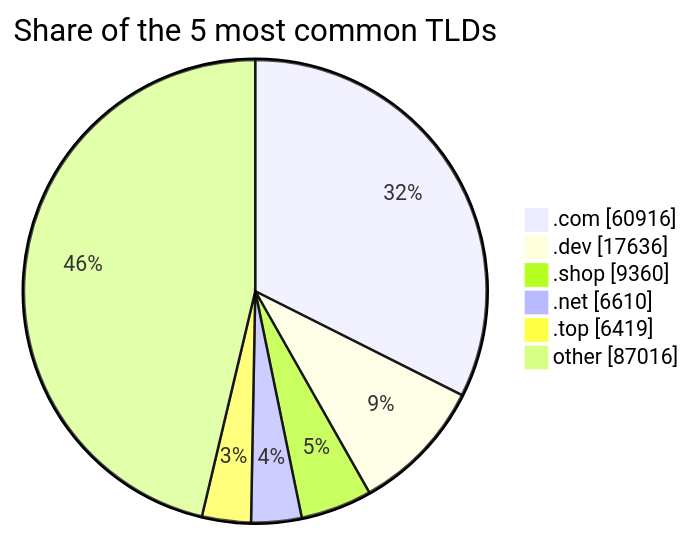
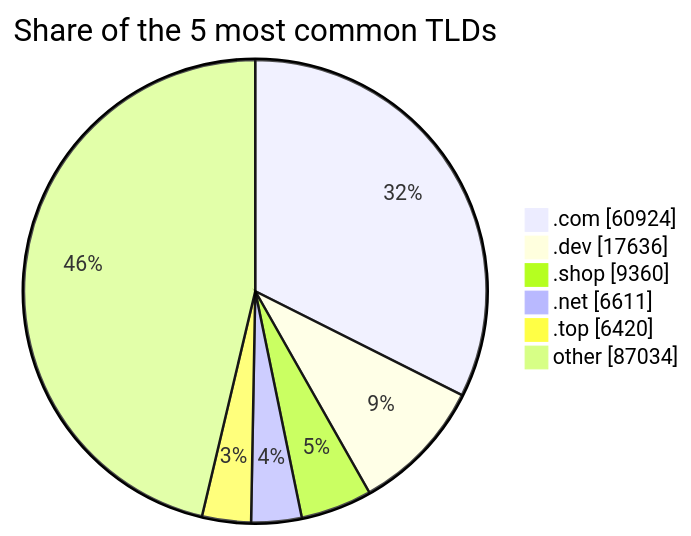
One commit to DNSBunker/CTI changed the third of 3 diagrams in README.md. Above: the diagram before and after it, drawn with Mermaid. The commit also changed other lines of this file and 3 other files, not shown here.

````diff
--- a/README.md
+++ b/README.md
@@ -81,9 +81,9 @@
 ```mermaid
 pie showData title Share of the 5 most common TLDs
-    ".com" : 60916
+    ".com" : 60924
     ".dev" : 17636
     ".shop" : 9360
-    ".net" : 6610
-    ".top" : 6419
-    "other" : 87016
+    ".net" : 6611
+    ".top" : 6420
+    "other" : 87034
 ```
````
